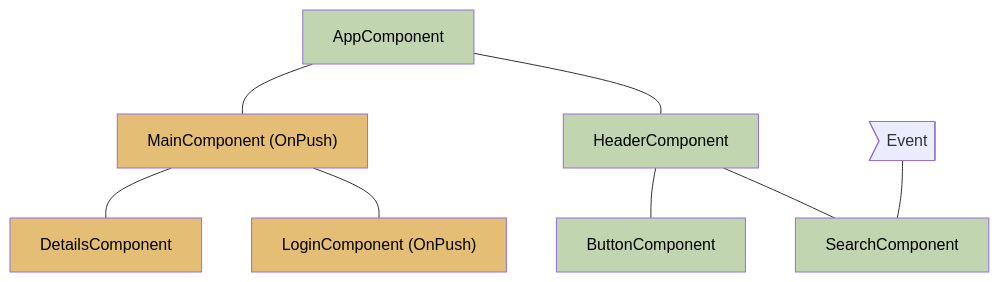
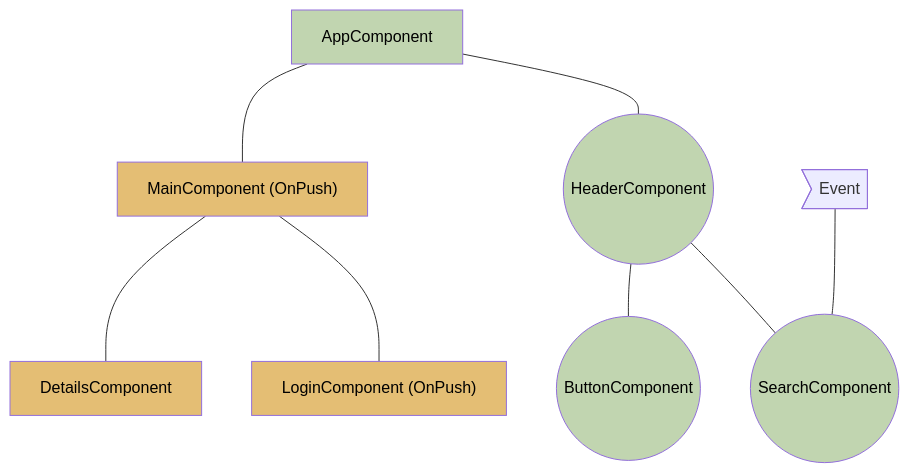
The first of 4 diagrams in adev/src/content/best-practices/runtime-performance/skipping-subtrees.md (angular/angular), drawn with Mermaid before and after one commit. The commit also changed other lines of this file, not shown here.

````diff
--- a/adev/src/content/best-practices/runtime-performance/skipping-subtrees.md
+++ b/adev/src/content/best-practices/runtime-performance/skipping-subtrees.md
@@ -36,19 +36,19 @@
 ```mermaid
 graph TD;
-    app[AppComponent] --- header[HeaderComponent];
+    app[AppComponent] --- header((HeaderComponent));
     app --- main["MainComponent (OnPush)"];
-    header --- search[SearchComponent];
-    header --- button[ButtonComponent];
+    header --- search((SearchComponent));
+    header --- button((ButtonComponent));
     main --- login["LoginComponent (OnPush)"];
     main --- details[DetailsComponent];
     event>Event] --- search
 
-style main fill:#E4BE74,color:#000
-style login fill:#E4BE74,color:#000
-style details fill:#E4BE74,color:#000
+    style main fill:#E4BE74,color:#000
+    style login fill:#E4BE74,color:#000
+    style details fill:#E4BE74,color:#000
 
-style app fill:#C1D5B0,color:#000
-style header fill:#C1D5B0,color:#000
-style button fill:#C1D5B0,color:#000
-style search fill:#C1D5B0,color:#000
+    style app fill:#C1D5B0,color:#000
+    style header fill:#C1D5B0,color:#000
+    style button fill:#C1D5B0,color:#000
+    style search fill:#C1D5B0,color:#000
 ```
````
